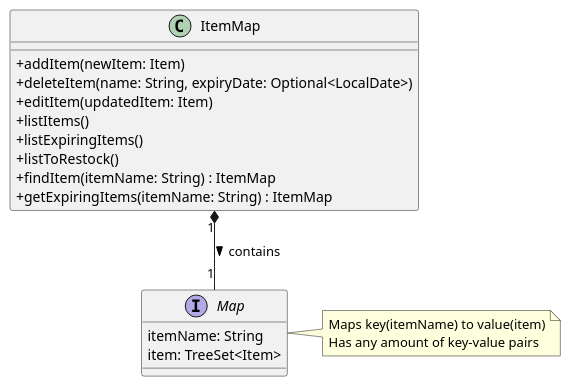
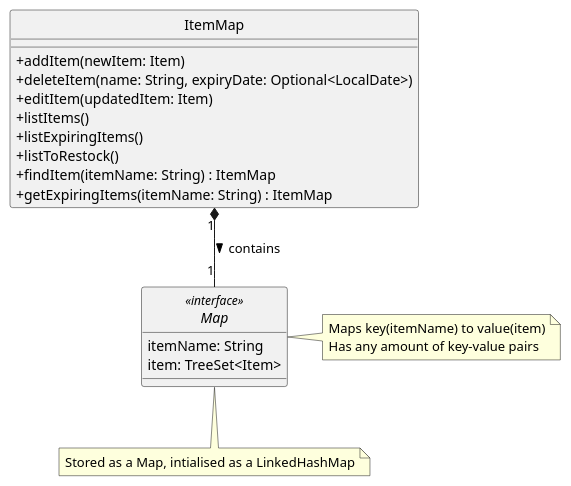
Before and after one commit to yijiano/tp: the diagram in docs/diagrams/ItemMap-ClassDiagram.puml, drawn with PlantUML. The commit also changed 4 other files, not shown here.

Commit message:
Remove circular icons in class diagram

```diff
--- a/docs/diagrams/ItemMap-ClassDiagram.puml
+++ b/docs/diagrams/ItemMap-ClassDiagram.puml
@@ -1,25 +1,27 @@
 @startuml
 
 skinparam classAttributeIconSize 0
+hide circles
 
 class ItemMap {
     + addItem(newItem: Item)
     + deleteItem(name: String, expiryDate: Optional<LocalDate>)
     + editItem(updatedItem: Item)
     + listItems()
     + listExpiringItems()
     + listToRestock()
     + findItem(itemName: String) : ItemMap
     + getExpiringItems(itemName: String) : ItemMap
 }
 
 ItemMap "1" *-- "1" Map : contains >
 
-interface Map {
+interface Map << interface >> {
     itemName: String
     item: TreeSet<Item>
 }
 
 note right of Map : Maps key(itemName) to value(item)\nHas any amount of key-value pairs
+note bottom of Map : Stored as a Map, intialised as a LinkedHashMap
 
 @enduml
```
